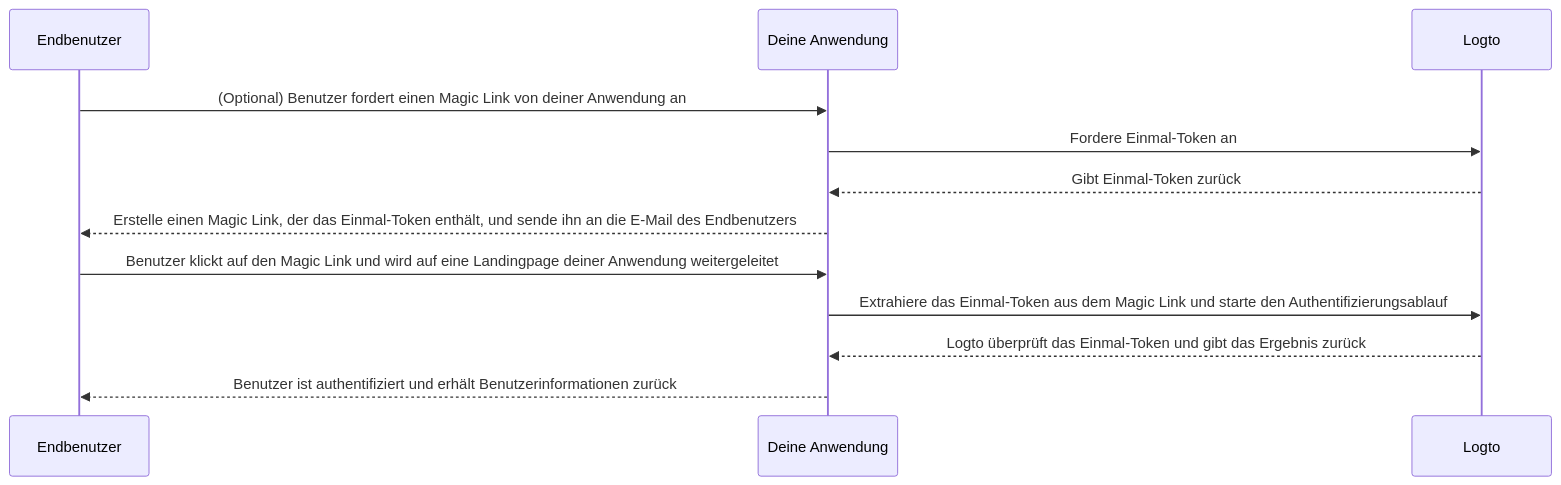
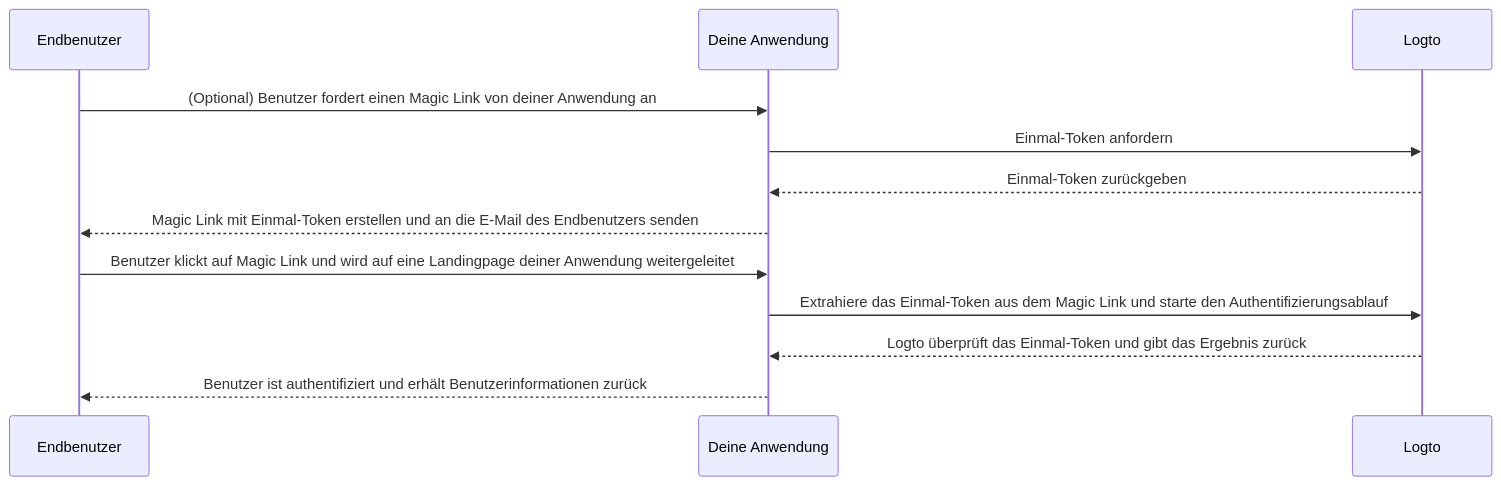
The diagram in i18n/de/docusaurus-plugin-content-docs/current/end-user-flows/one-time-token.mdx (logto-io/docs), drawn with Mermaid before and after one commit. The commit also changed other lines of this file and 666 other files, not shown here.

````diff
--- a/i18n/de/docusaurus-plugin-content-docs/current/end-user-flows/one-time-token.mdx
+++ b/i18n/de/docusaurus-plugin-content-docs/current/end-user-flows/one-time-token.mdx
@@ -38,15 +38,15 @@
 ```mermaid
 sequenceDiagram
   participant U as Endbenutzer
   participant C as Deine Anwendung
   participant L as Logto
 
   U ->> C: (Optional) Benutzer fordert einen Magic Link von deiner Anwendung an
-  C ->> L: Fordere Einmal-Token an
-  L -->> C: Gibt Einmal-Token zurück
-  C -->> U: Erstelle einen Magic Link, der das Einmal-Token enthält, und sende ihn an die E-Mail des Endbenutzers
-  U ->> C: Benutzer klickt auf den Magic Link und wird auf eine Landingpage deiner Anwendung weitergeleitet
+  C ->> L: Einmal-Token anfordern
+  L -->> C: Einmal-Token zurückgeben
+  C -->> U: Magic Link mit Einmal-Token erstellen und an die E-Mail des Endbenutzers senden
+  U ->> C: Benutzer klickt auf Magic Link und wird auf eine Landingpage deiner Anwendung weitergeleitet
   C ->> L: Extrahiere das Einmal-Token aus dem Magic Link und starte den Authentifizierungsablauf
   L -->> C: Logto überprüft das Einmal-Token und gibt das Ergebnis zurück
   C -->> U: Benutzer ist authentifiziert und erhält Benutzerinformationen zurück
 ```
````
